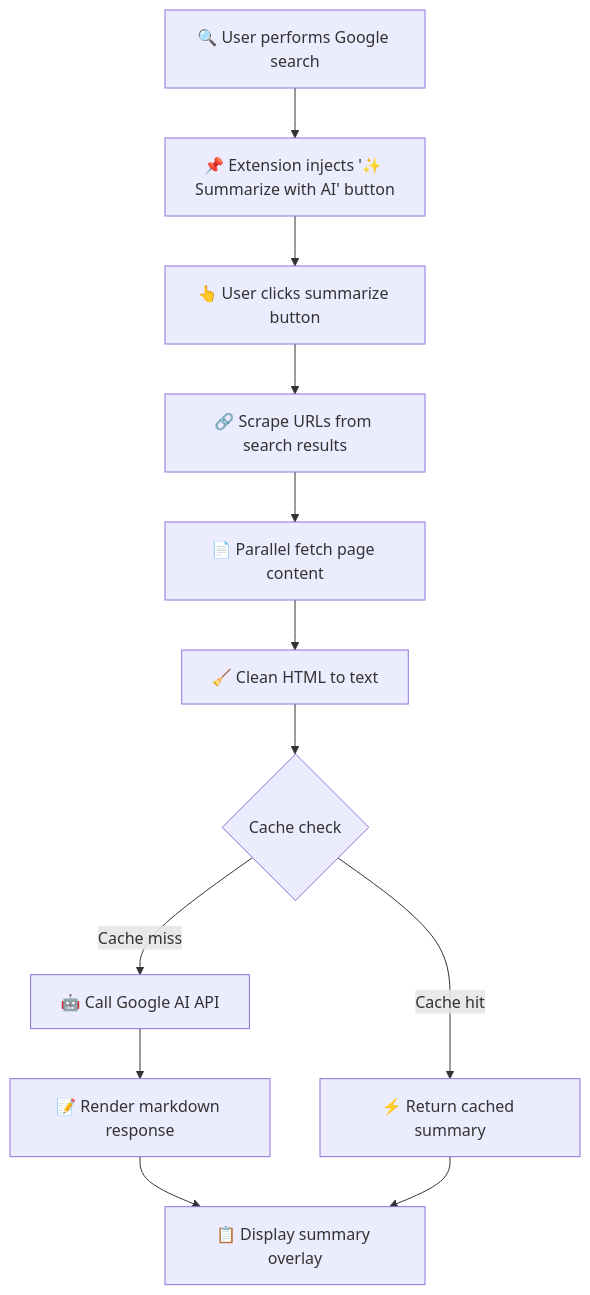
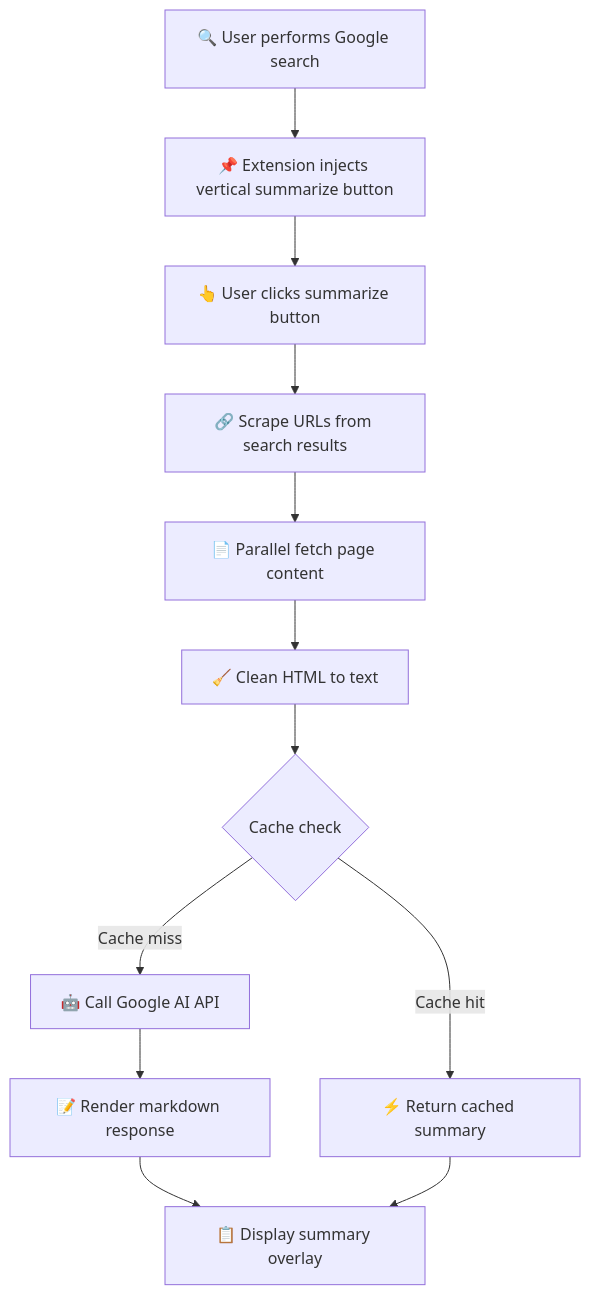
The diagram in README.md (Teycir/Gist), drawn with Mermaid before and after one commit. The commit also changed other lines of this file, not shown here.

````diff
--- a/README.md
+++ b/README.md
@@ -150,14 +196,14 @@
 ```mermaid
 flowchart TD
-    A[🔍 User performs Google search] --> B[📌 Extension injects '✨ Summarize with AI' button]
+    A[🔍 User performs Google search] --> B[📌 Extension injects vertical summarize button]
     B --> C[👆 User clicks summarize button]
     C --> D[🔗 Scrape URLs from search results]
     D --> E[📄 Parallel fetch page content]
     E --> F[🧹 Clean HTML to text]
     F --> G{Cache check}
     G -->|Cache hit| H[⚡ Return cached summary]
     G -->|Cache miss| I[🤖 Call Google AI API]
     I --> J[📝 Render markdown response]
     J --> K[📋 Display summary overlay]
     H --> K
 ```
````
